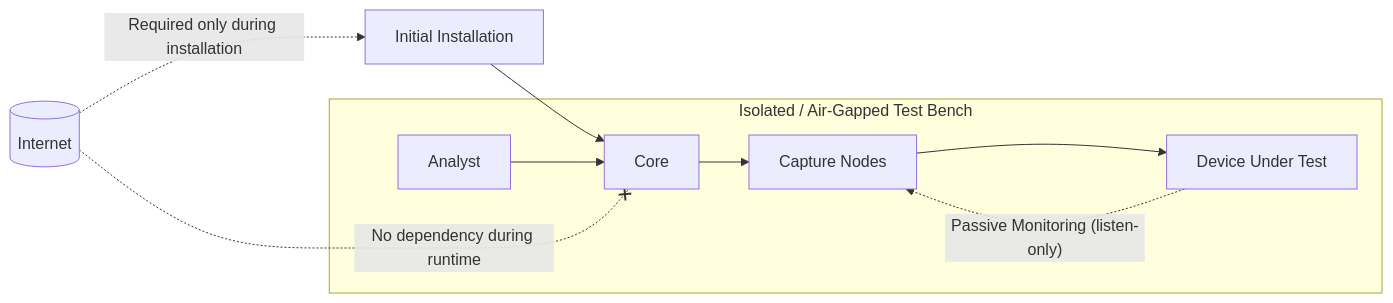
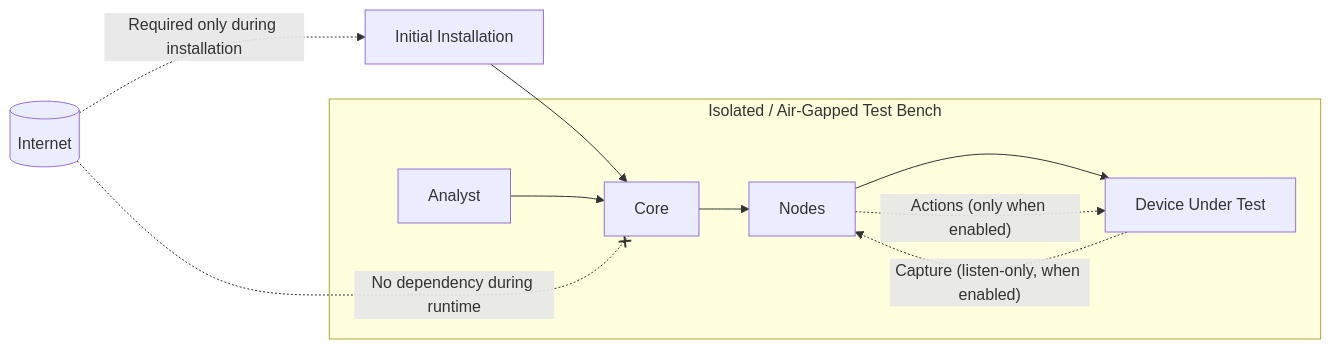
One commit to EG-ETCS/wiresploit changed the fourth of 5 diagrams in docs/01_Requirements/01_SysRS/01_Functional_Requirements.md. Above: the diagram before and after it, drawn with Mermaid. The commit also changed other lines of this file and 7 other files, not shown here.

````diff
--- a/docs/01_Requirements/01_SysRS/01_Functional_Requirements.md
+++ b/docs/01_Requirements/01_SysRS/01_Functional_Requirements.md
@@ -364,23 +428,24 @@
 ```mermaid
 flowchart LR
 
     Analyst --> Core
-    Core --> CaptureNodes["Capture Nodes"]
-    CaptureNodes --> DUT["Device Under Test"]
-    DUT -. "Passive Monitoring (listen-only)" .-> CaptureNodes
+    Core --> Nodes["Nodes"]
+    Nodes --> DUT["Device Under Test"]
+    DUT -. "Capture (listen-only, when enabled)" .-> Nodes
+    Nodes -. "Actions (only when enabled)" .-> DUT
 
     subgraph AirGap["Isolated / Air-Gapped Test Bench"]
         Analyst
         Core
-        CaptureNodes
+        Nodes
         DUT
     end
 
     Internet[(Internet)]
     Installer["Initial Installation"]
 
     Internet -. "Required only during installation" .-> Installer
     Installer --> Core
 
     Internet -. "No dependency during runtime" .-x Core
 ```
````
